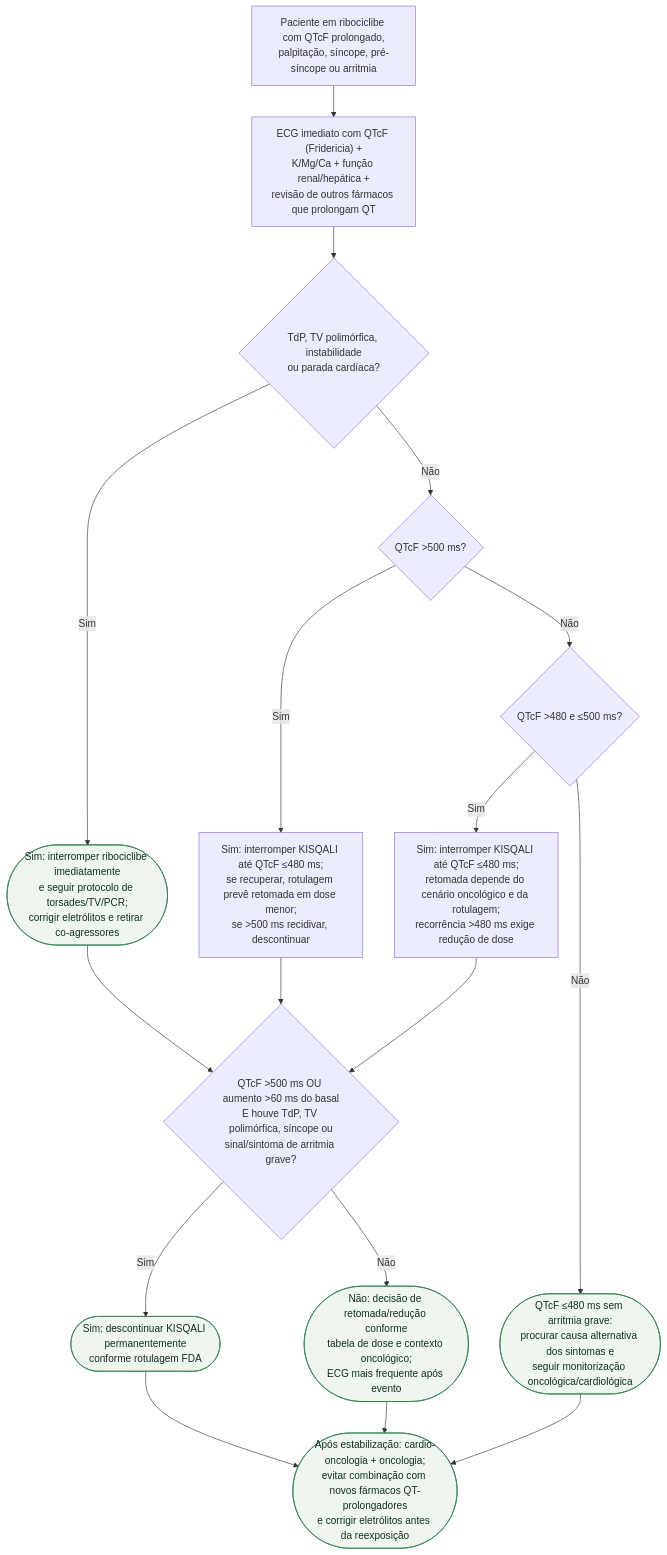
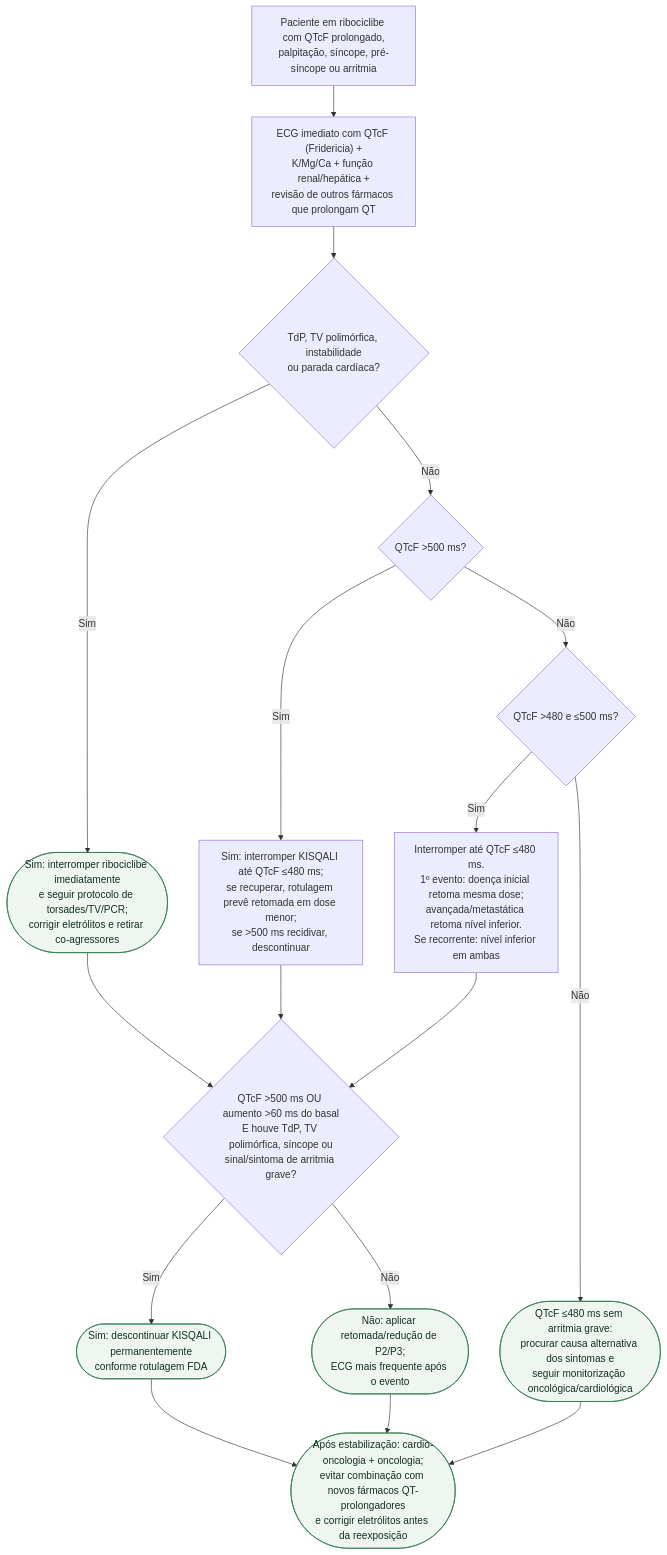
Before and after one commit to rafaelpaesmeirelles/MeuCardio: the diagram in content/Cardio-oncologia/fluxograma-prolongamento-qt-por-ribociclibe-e-risco-de-torsades.md, drawn with Mermaid. The commit also changed other lines of this file and 26 other files, not shown here.

````diff
--- a/content/Cardio-oncologia/fluxograma-prolongamento-qt-por-ribociclibe-e-risco-de-torsades.md
+++ b/content/Cardio-oncologia/fluxograma-prolongamento-qt-por-ribociclibe-e-risco-de-torsades.md
@@ -13,36 +14,36 @@
 ```mermaid
 flowchart TD
   R0["Paciente em ribociclibe com QTcF prolongado,<br/>palpitação, síncope, pré-síncope ou arritmia"]
   P1["ECG imediato com QTcF (Fridericia) +<br/>K/Mg/Ca + função renal/hepática +<br/>revisão de outros fármacos que prolongam QT"]
   D1{"TdP, TV polimórfica, instabilidade<br/>ou parada cardíaca?"}
   C1(["Sim: interromper ribociclibe imediatamente<br/>e seguir protocolo de torsades/TV/PCR;<br/>corrigir eletrólitos e retirar co-agressores"])
   D2{"QTcF >500 ms?"}
   P2["Sim: interromper KISQALI até QTcF ≤480 ms;<br/>se recuperar, rotulagem prevê retomada em dose menor;<br/>se >500 ms recidivar, descontinuar"]
   D3{"QTcF >480 e ≤500 ms?"}
-  P3["Sim: interromper KISQALI até QTcF ≤480 ms;<br/>retomada depende do cenário oncológico e da rotulagem;<br/>recorrência >480 ms exige redução de dose"]
+  P3["Interromper até QTcF ≤480 ms.<br/>1º evento: doença inicial retoma mesma dose;<br/>avançada/metastática retoma nível inferior.<br/>Se recorrente: nível inferior em ambas"]
   C2(["QTcF ≤480 ms sem arritmia grave:<br/>procurar causa alternativa dos sintomas e<br/>seguir monitorização oncológica/cardiológica"])
   D4{"QTcF >500 ms OU aumento >60 ms do basal<br/>E houve TdP, TV polimórfica, síncope ou<br/>sinal/sintoma de arritmia grave?"}
   C3(["Sim: descontinuar KISQALI permanentemente<br/>conforme rotulagem FDA"])
-  C4(["Não: decisão de retomada/redução conforme<br/>tabela de dose e contexto oncológico;<br/>ECG mais frequente após evento"])
+  C4(["Não: aplicar retomada/redução de P2/P3;<br/>ECG mais frequente após o evento"])
   C5(["Após estabilização: cardio-oncologia + oncologia;<br/>evitar combinação com novos fármacos QT-prolongadores<br/>e corrigir eletrólitos antes da reexposição"])
 
   R0 --> P1
   P1 --> D1
   D1 -->|"Sim"| C1
   D1 -->|"Não"| D2
   D2 -->|"Sim"| P2
   D2 -->|"Não"| D3
   D3 -->|"Sim"| P3
   D3 -->|"Não"| C2
   C1 --> D4
   P2 --> D4
   P3 --> D4
   D4 -->|"Sim"| C3
   D4 -->|"Não"| C4
   C2 --> C5
   C3 --> C5
   C4 --> C5
 
   classDef conduta fill:#eef6ef,stroke:#2f7a4f,color:#12301f;
   class C1,C2,C3,C4,C5 conduta;
 ```
````
